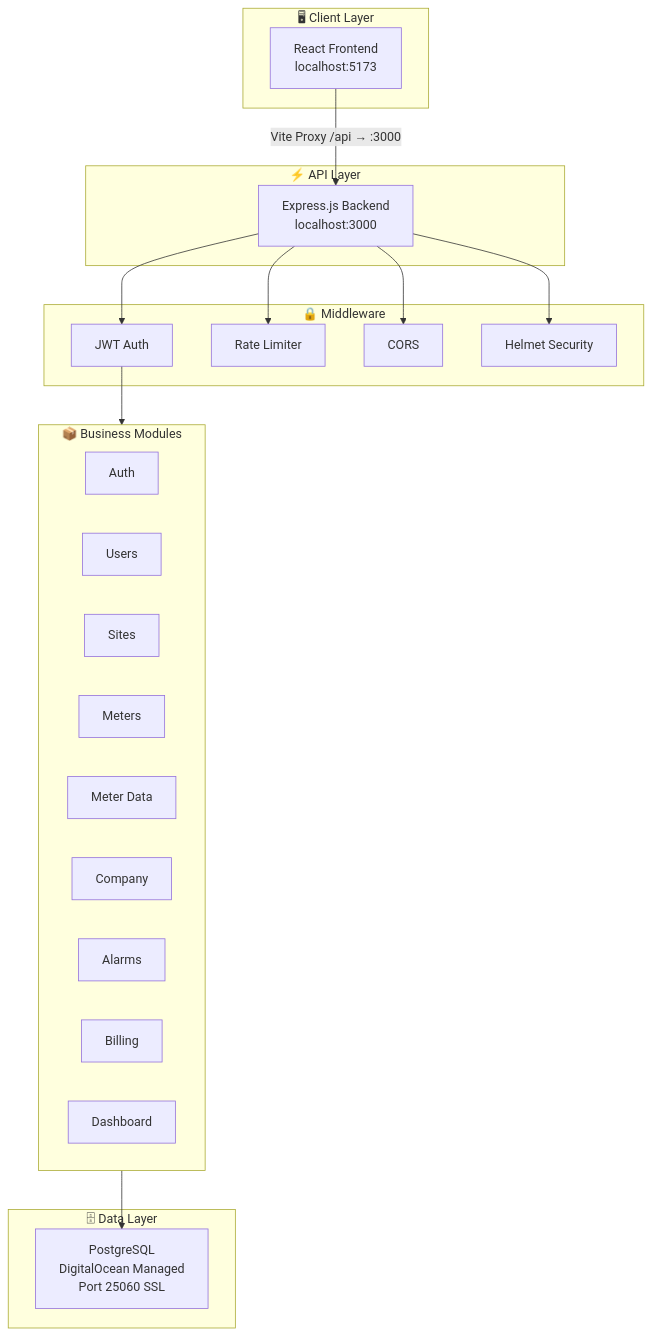
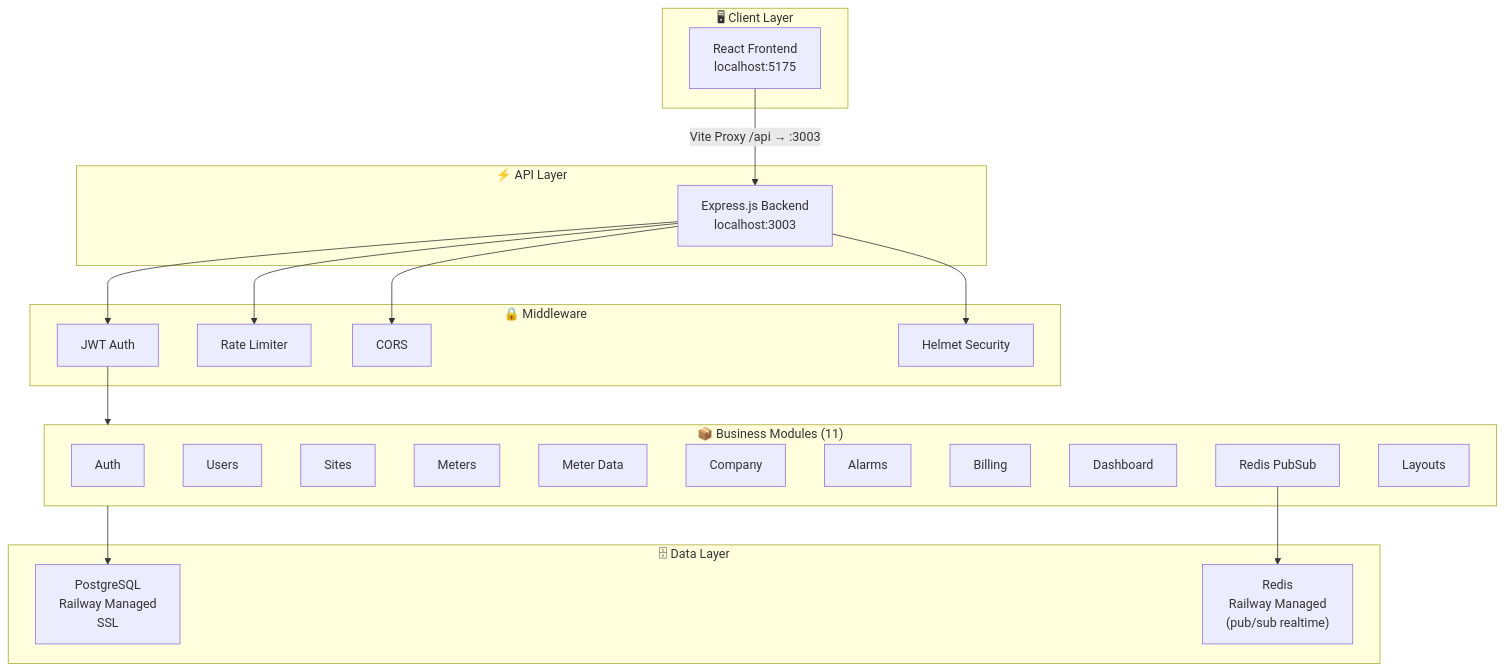
Before and after one commit to triple-tgg/energy_plus: the first of 6 diagrams in project_documentation.md, drawn with Mermaid. The commit also changed other lines of this file and 4 other files, not shown here.

````diff
--- a/project_documentation.md
+++ b/project_documentation.md
@@ -87,40 +90,44 @@
 ```mermaid
 graph TB
     subgraph Client["🖥 Client Layer"]
-        FE["React Frontend<br/>localhost:5173"]
+        FE["React Frontend<br/>localhost:5175"]
     end
 
     subgraph API["⚡ API Layer"]
-        BE["Express.js Backend<br/>localhost:3000"]
+        BE["Express.js Backend<br/>localhost:3003"]
     end
 
     subgraph Middleware["🔒 Middleware"]
         AUTH["JWT Auth"]
         RATE["Rate Limiter"]
         CORS["CORS"]
         HELMET["Helmet Security"]
     end
 
-    subgraph Modules["📦 Business Modules"]
+    subgraph Modules["📦 Business Modules (11)"]
         M1["Auth"]
         M2["Users"]
         M3["Sites"]
         M4["Meters"]
         M5["Meter Data"]
         M6["Company"]
         M7["Alarms"]
         M8["Billing"]
         M9["Dashboard"]
+        M10["Redis PubSub"]
+        M11["Layouts"]
     end
 
     subgraph DB["🗄 Data Layer"]
-        PG["PostgreSQL<br/>DigitalOcean Managed<br/>Port 25060 SSL"]
+        PG["PostgreSQL<br/>Railway Managed<br/>SSL"]
+        RD["Redis<br/>Railway Managed<br/>(pub/sub realtime)"]
     end
 
-    FE -->|"Vite Proxy /api → :3000"| BE
+    FE -->|"Vite Proxy /api → :3003"| BE
     BE --> AUTH --> Modules
     BE --> RATE
     BE --> CORS
     BE --> HELMET
     Modules --> PG
+    M10 --> RD
 ```
````
